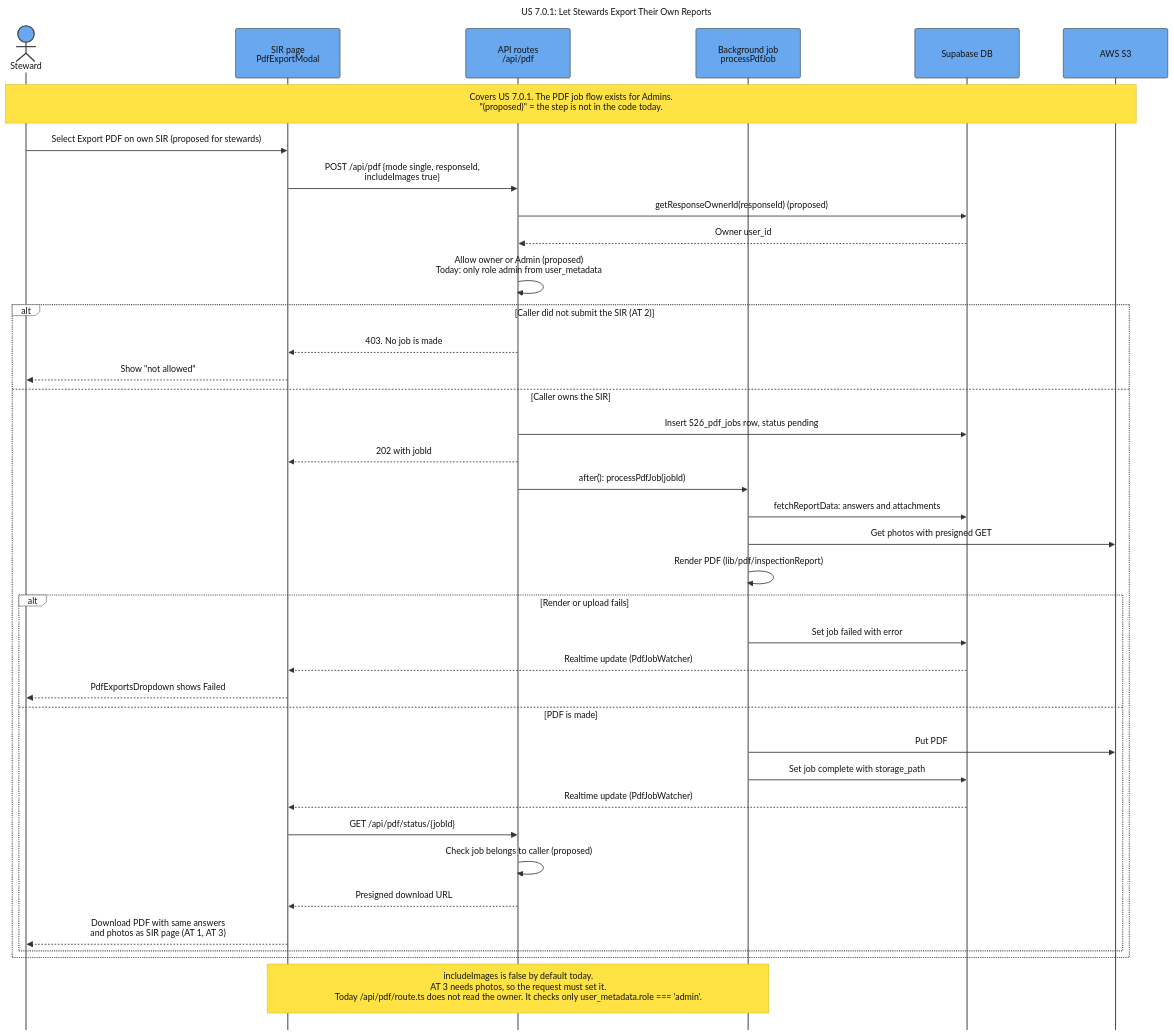
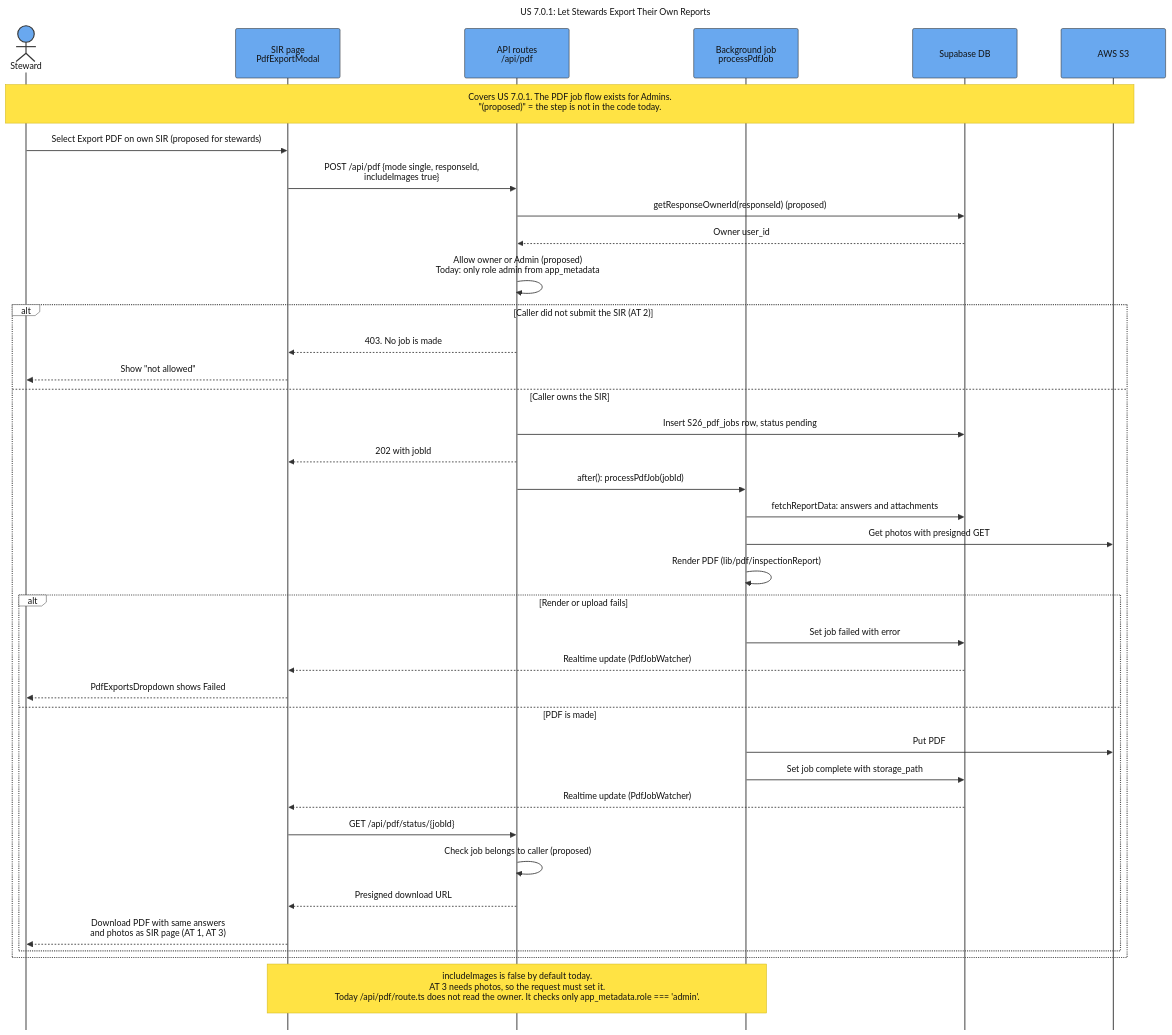
Before and after one commit to SAPAA-Dev/W26Project-SAPAA-Dev-Team: the diagram in docs/assets/Sequence_US_7_0_1_Steward_PDF_Export.mmd, drawn with Mermaid. The commit also changed 63 other files, not shown here.

First line of the commit message:
(feat): migrated user_metadata checks to app_metadata (#144)

```diff
--- a/docs/assets/Sequence_US_7_0_1_Steward_PDF_Export.mmd
+++ b/docs/assets/Sequence_US_7_0_1_Steward_PDF_Export.mmd
@@ -1,83 +1,83 @@
 ---
 title: "US 7.0.1: Let Stewards Export Their Own Reports"
 config:
   theme: base
   sequence:
     actorMargin: 75
     boxMargin: 12
     diagramMarginX: 45
     diagramMarginY: 30
     messageMargin: 40
     noteMargin: 16
     mirrorActors: false
     width: 190
     height: 90
   themeVariables:
     background: "#ffffff"
     primaryColor: "#69a8ef"
     primaryBorderColor: "#333333"
     primaryTextColor: "#111111"
     actorBkg: "#69a8ef"
     actorBorder: "#333333"
     actorTextColor: "#111111"
     actorLineColor: "#555555"
     signalColor: "#333333"
     signalTextColor: "#111111"
     activationBkgColor: "#cdd3db"
     activationBorderColor: "#cdd3db"
     noteBkgColor: "#ffe344"
     noteBorderColor: "#d4ba24"
     noteTextColor: "#111111"
     labelBoxBkgColor: "#ffffff"
     labelBoxBorderColor: "#555555"
     labelTextColor: "#111111"
     loopTextColor: "#111111"
     altBackground: "#ffffff"
   themeCSS: |
     .actor-line {
       stroke-dasharray: 10 10 !important;
       stroke-width: 1.25px !important;
     }
 ---
 sequenceDiagram
     autonumber off
     actor Steward
     participant Page as SIR page<br/>PdfExportModal
     participant Api as API routes<br/>/api/pdf
     participant Job as Background job<br/>processPdfJob
     participant DB as Supabase DB
     participant S3 as AWS S3
 
     Note over Steward,S3: Covers US 7.0.1. The PDF job flow exists for Admins.<br/>"(proposed)" = the step is not in the code today.
 
     Steward->>Page: Select Export PDF on own SIR (proposed for stewards)
     Page->>Api: POST /api/pdf {mode single, responseId,<br/>includeImages true}
     Api->>DB: getResponseOwnerId(responseId) (proposed)
     DB-->>Api: Owner user_id
-    Api->>Api: Allow owner or Admin (proposed)<br/>Today: only role admin from user_metadata
+    Api->>Api: Allow owner or Admin (proposed)<br/>Today: only role admin from app_metadata
     alt Caller did not submit the SIR (AT 2)
         Api-->>Page: 403. No job is made
         Page-->>Steward: Show "not allowed"
     else Caller owns the SIR
         Api->>DB: Insert S26_pdf_jobs row, status pending
         Api-->>Page: 202 with jobId
         Api->>Job: after(): processPdfJob(jobId)
         Job->>DB: fetchReportData: answers and attachments
         Job->>S3: Get photos with presigned GET
         Job->>Job: Render PDF (lib/pdf/inspectionReport)
         alt Render or upload fails
             Job->>DB: Set job failed with error
             DB-->>Page: Realtime update (PdfJobWatcher)
             Page-->>Steward: PdfExportsDropdown shows Failed
         else PDF is made
             Job->>S3: Put PDF
             Job->>DB: Set job complete with storage_path
             DB-->>Page: Realtime update (PdfJobWatcher)
             Page->>Api: GET /api/pdf/status/{jobId}
             Api->>Api: Check job belongs to caller (proposed)
             Api-->>Page: Presigned download URL
             Page-->>Steward: Download PDF with same answers<br/>and photos as SIR page (AT 1, AT 3)
         end
     end
 
-    Note over Page,Job: includeImages is false by default today.<br/>AT 3 needs photos, so the request must set it.<br/>Today /api/pdf/route.ts does not read the owner. It checks only user_metadata.role === 'admin'.
+    Note over Page,Job: includeImages is false by default today.<br/>AT 3 needs photos, so the request must set it.<br/>Today /api/pdf/route.ts does not read the owner. It checks only app_metadata.role === 'admin'.
```
